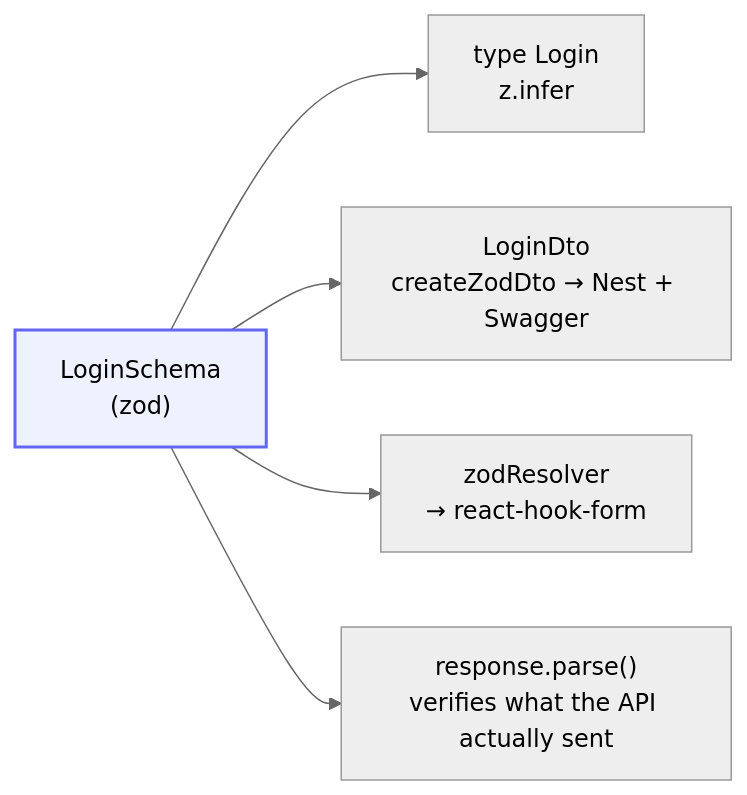
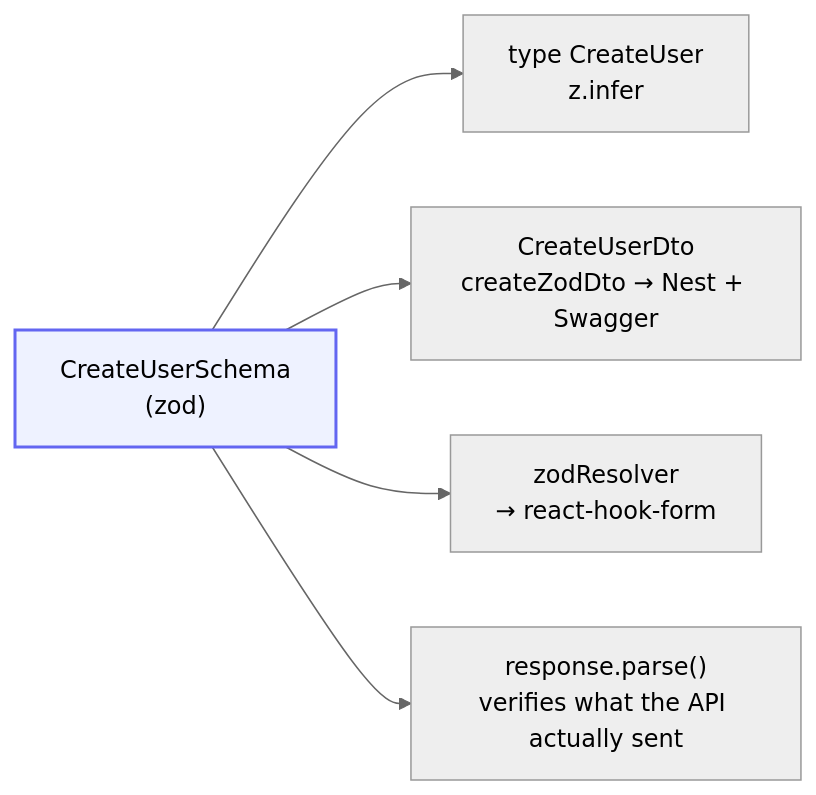
One commit to bk-engineering/app-platform changed the first of 2 diagrams in apps/docs/en/conventions/contract-first.md. Above: the diagram before and after it, drawn with Mermaid (neutral theme). The commit also changed other lines of this file and 24 other files, not shown here.

````diff
--- a/apps/docs/en/conventions/contract-first.md
+++ b/apps/docs/en/conventions/contract-first.md
@@ -23,11 +23,11 @@
 ```mermaid
 flowchart LR
-  S["LoginSchema<br/>(zod)"]
-  S --> A["type Login<br/>z.infer"]
-  S --> B["LoginDto<br/>createZodDto → Nest + Swagger"]
+  S["CreateUserSchema<br/>(zod)"]
+  S --> A["type CreateUser<br/>z.infer"]
+  S --> B["CreateUserDto<br/>createZodDto → Nest + Swagger"]
   S --> C["zodResolver<br/>→ react-hook-form"]
   S --> D["response.parse()<br/>verifies what the API actually sent"]
 
   classDef src fill:#eef2ff,stroke:#6366f1,stroke-width:2px
   class S src
 ```
````
